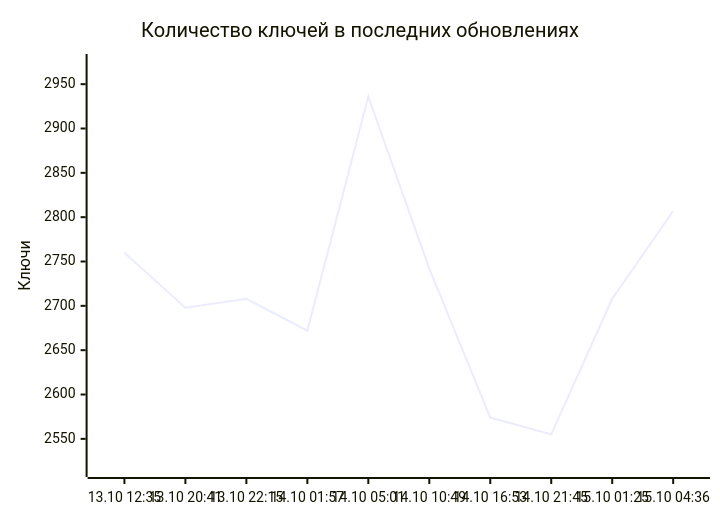
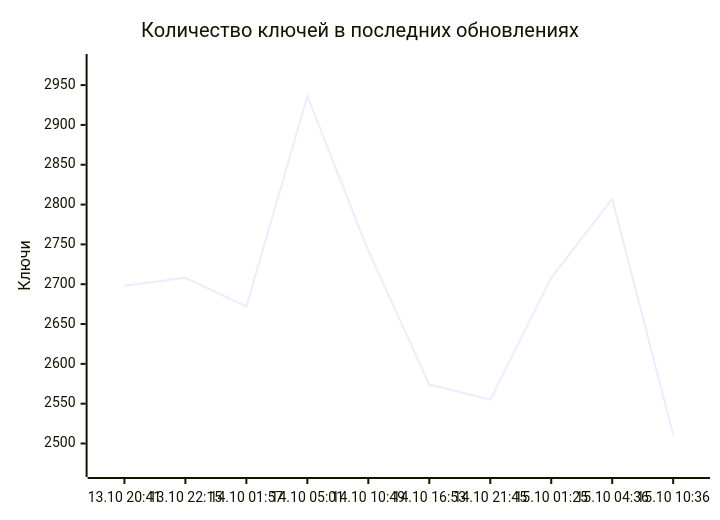
One commit to markKikhtenko/WireVeil changed the diagram in README.md. Above: the diagram before and after it, drawn with Mermaid. The commit also changed other lines of this file and 12 other files, not shown here.

````diff
--- a/README.md
+++ b/README.md
@@ -55,7 +55,7 @@
 ```mermaid
 xychart-beta
     title "Количество ключей в последних обновлениях"
-    x-axis ["13.10 12:35", "13.10 20:41", "13.10 22:15", "14.10 01:57", "14.10 05:01", "14.10 10:49", "14.10 16:53", "14.10 21:45", "15.10 01:25", "15.10 04:36"]
-    y-axis "Ключи" 2516 --> 2975
-    line [2760, 2698, 2708, 2672, 2936, 2742, 2574, 2555, 2708, 2807]
+    x-axis ["13.10 20:41", "13.10 22:15", "14.10 01:57", "14.10 05:01", "14.10 10:49", "14.10 16:53", "14.10 21:45", "15.10 01:25", "15.10 04:36", "15.10 10:36"]
+    y-axis "Ключи" 2468 --> 2979
+    line [2698, 2708, 2672, 2936, 2742, 2574, 2555, 2708, 2807, 2511]
 ```
````
